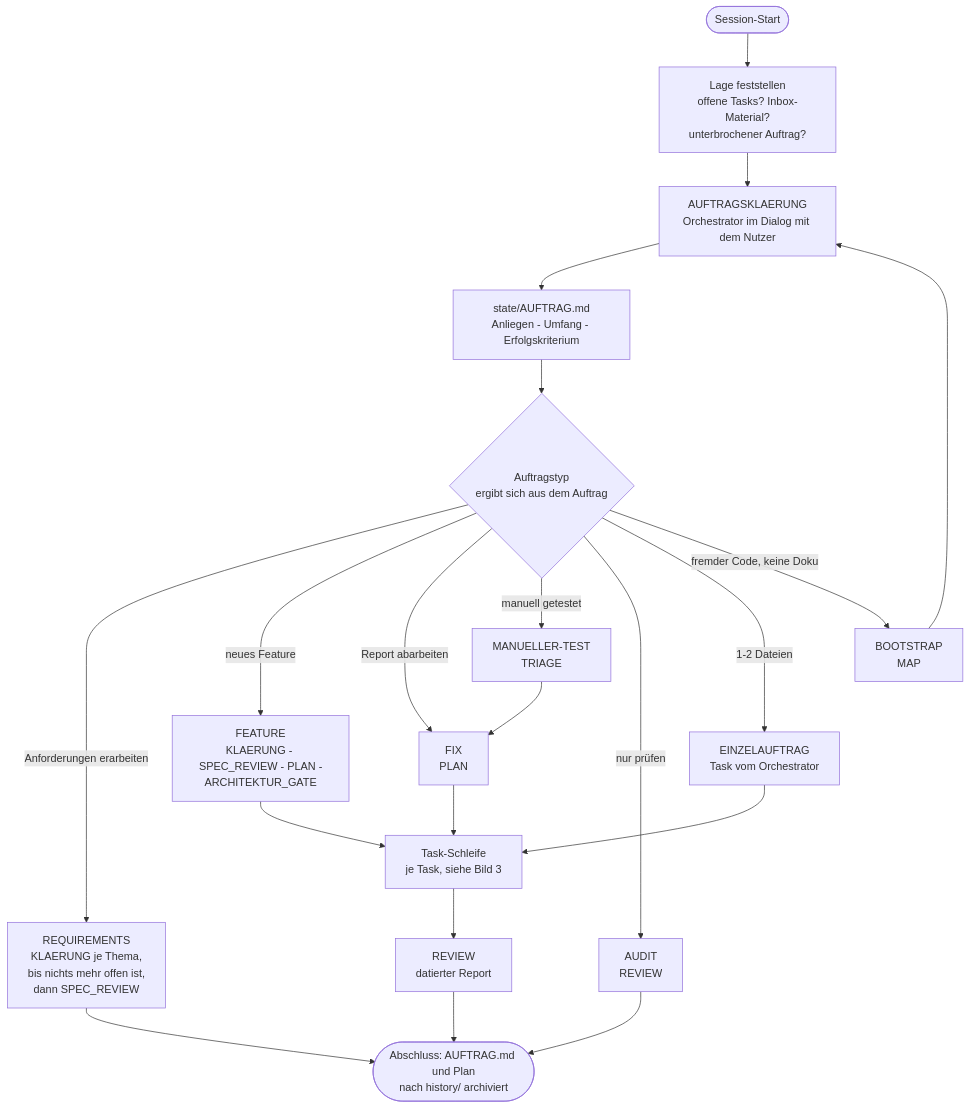
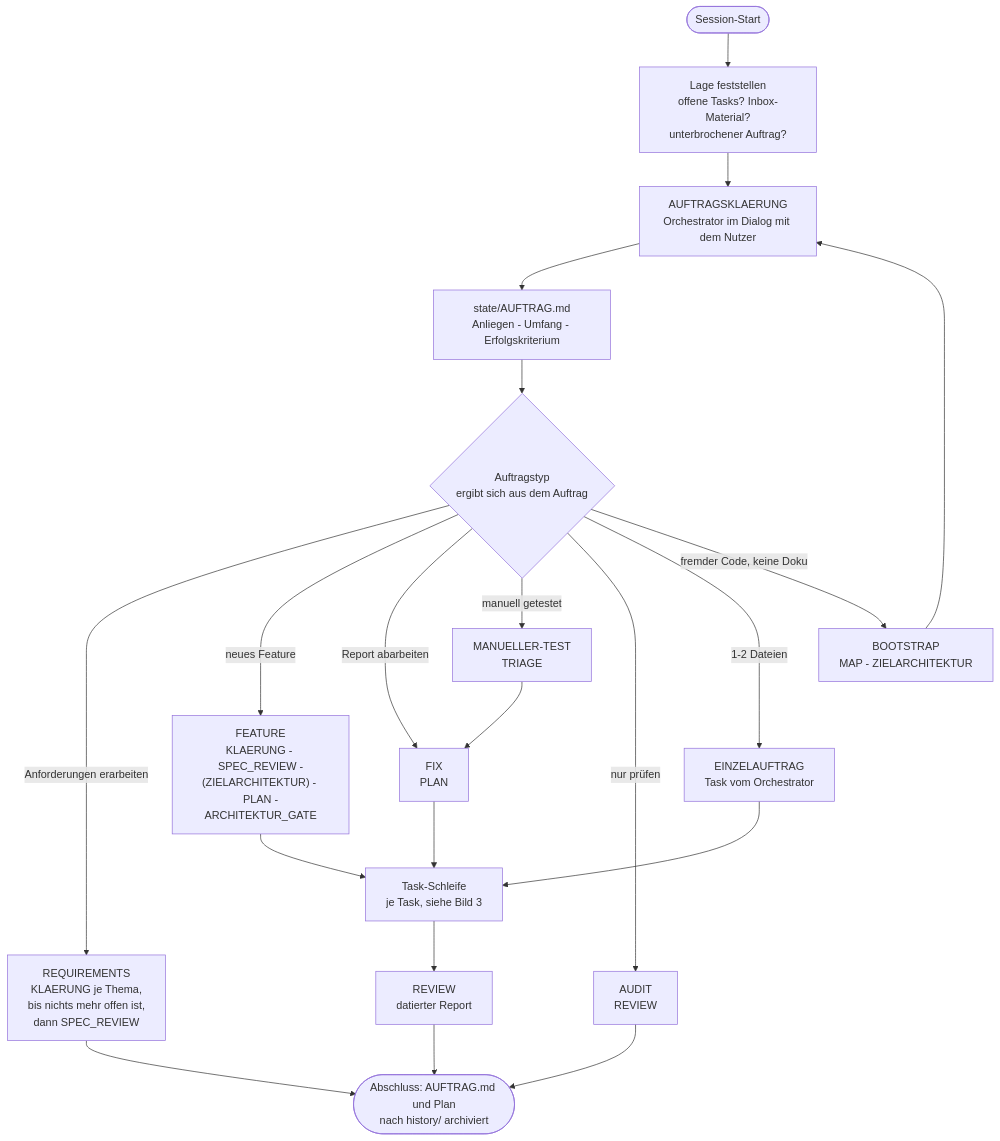
One commit to zzzk/agent-workflow changed the second of 3 diagrams in AGENT_WORKFLOW.md. Above: the diagram before and after it, drawn with Mermaid. The commit also changed other lines of this file and 29 other files, not shown here.

First line of the commit message:
spec: Ziel- und Ist-Architektur, spec/ als Ordner mit Index (D7, D8, E6, E7)

````diff
--- a/AGENT_WORKFLOW.md
+++ b/AGENT_WORKFLOW.md
@@ -87,26 +87,26 @@
 ```mermaid
 flowchart TD
     S(["Session-Start"]) --> L["Lage feststellen<br/>offene Tasks? Inbox-Material?<br/>unterbrochener Auftrag?"]
     L --> K["AUFTRAGSKLAERUNG<br/>Orchestrator im Dialog mit dem Nutzer"]
     K --> AU["state/AUFTRAG.md<br/>Anliegen - Umfang - Erfolgskriterium"]
     AU --> M{"Auftragstyp<br/>ergibt sich aus dem Auftrag"}
 
     M -->|"Anforderungen erarbeiten"| RQ["REQUIREMENTS<br/>KLAERUNG je Thema,<br/>bis nichts mehr offen ist,<br/>dann SPEC_REVIEW"]
-    M -->|"neues Feature"| FE["FEATURE<br/>KLAERUNG - SPEC_REVIEW - PLAN -<br/>ARCHITEKTUR_GATE"]
+    M -->|"neues Feature"| FE["FEATURE<br/>KLAERUNG - SPEC_REVIEW -<br/>(ZIELARCHITEKTUR) - PLAN -<br/>ARCHITEKTUR_GATE"]
     M -->|"Report abarbeiten"| FI["FIX<br/>PLAN"]
     M -->|"manuell getestet"| MT["MANUELLER-TEST<br/>TRIAGE"]
     M -->|"nur prüfen"| AD["AUDIT<br/>REVIEW"]
     M -->|"1-2 Dateien"| EA["EINZELAUFTRAG<br/>Task vom Orchestrator"]
-    M -->|"fremder Code, keine Doku"| BO["BOOTSTRAP<br/>MAP"]
+    M -->|"fremder Code, keine Doku"| BO["BOOTSTRAP<br/>MAP - ZIELARCHITEKTUR"]
 
     FE --> TL["Task-Schleife<br/>je Task, siehe Bild 3"]
     FI --> TL
     MT --> FI
     EA --> TL
     TL --> RV["REVIEW<br/>datierter Report"]
 
     RQ --> EN
     AD --> EN
     BO --> K
     RV --> EN(["Abschluss: AUFTRAG.md und Plan<br/>nach history/ archiviert"])
 ```
````
